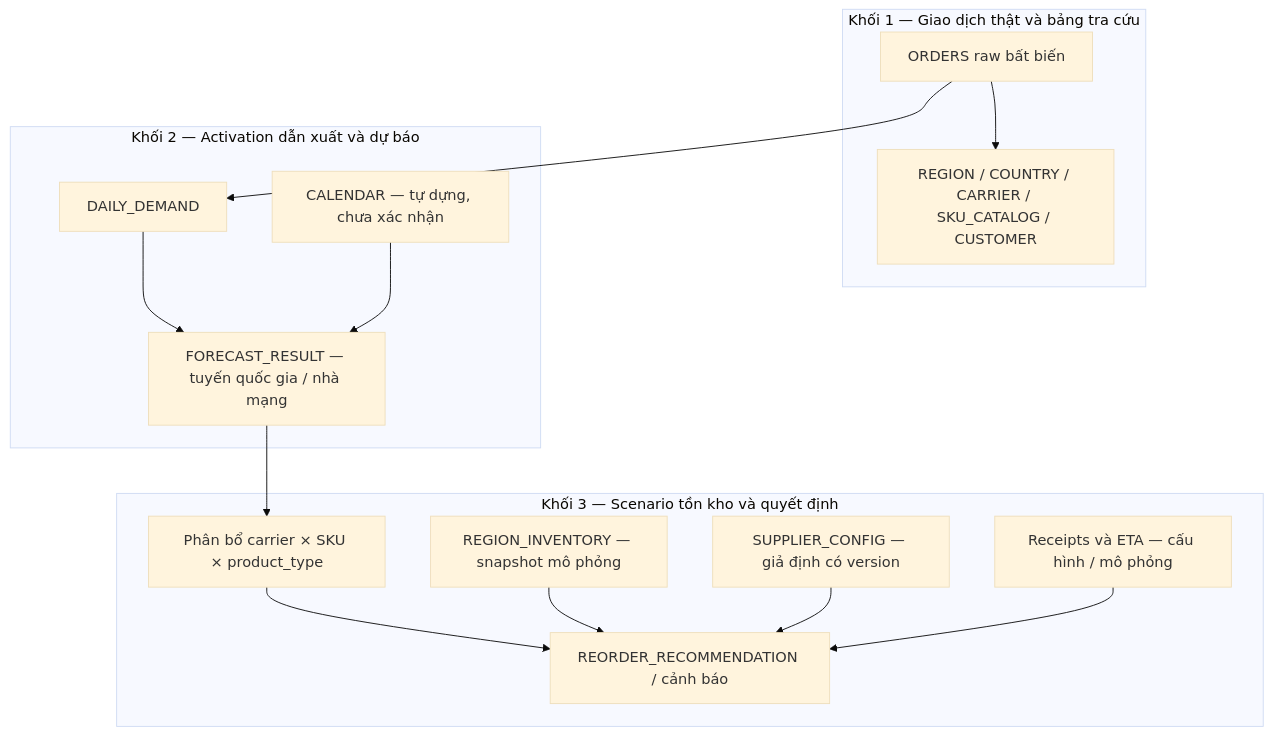
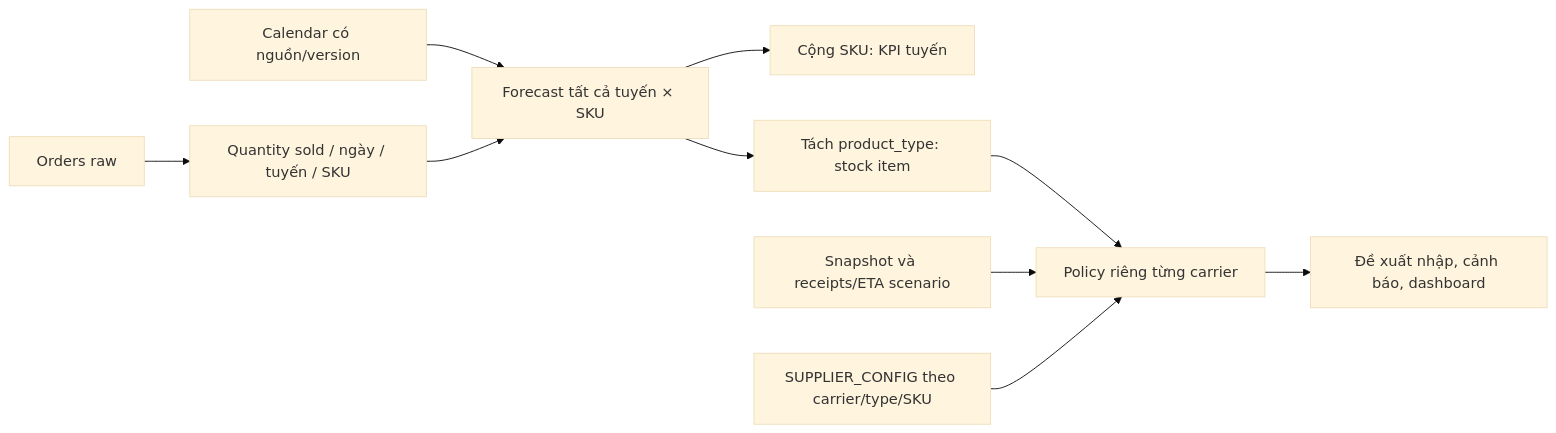
One commit to LeKhang1415/Sim-Demand-Forecasting changed the diagram in docs/ARCHITECTURE.md. Above: the diagram before and after it, drawn with Mermaid (base theme). The commit also changed other lines of this file and 15 other files, not shown here.

Commit message:
docs: align quantity sold target and add GitHub publishing rules

````diff
--- a/docs/ARCHITECTURE.md
+++ b/docs/ARCHITECTURE.md
@@ -7,28 +7,12 @@
 ```mermaid
-flowchart TD
-  subgraph K1["Khối 1 — Giao dịch thật và bảng tra cứu"]
-    O[ORDERS raw bất biến]
-    D[REGION / COUNTRY / CARRIER / SKU_CATALOG / CUSTOMER]
-    O --> D
-  end
-  subgraph K2["Khối 2 — Activation dẫn xuất và dự báo"]
-    DD[DAILY_DEMAND]
-    C[CALENDAR — tự dựng, chưa xác nhận]
-    F[FORECAST_RESULT — tuyến quốc gia / nhà mạng]
-    DD --> F
-    C --> F
-  end
-  subgraph K3["Khối 3 — Scenario tồn kho và quyết định"]
-    A[Phân bổ carrier × SKU × product_type]
-    I[REGION_INVENTORY — snapshot mô phỏng]
-    S[SUPPLIER_CONFIG — giả định có version]
-    R[Receipts và ETA — cấu hình / mô phỏng]
-    Q[REORDER_RECOMMENDATION / cảnh báo]
-    A --> Q
-    I --> Q
-    S --> Q
-    R --> Q
-  end
-  O --> DD
-  F --> A
+flowchart LR
+  O["Orders raw"] --> D["Quantity sold / ngày / tuyến / SKU"]
+  C["Calendar có nguồn/version"] --> F["Forecast tất cả tuyến × SKU"]
+  D --> F
+  F --> T["Cộng SKU: KPI tuyến"]
+  F --> A["Tách product_type: stock item"]
+  A --> P["Policy riêng từng carrier"]
+  I["Snapshot và receipts/ETA scenario"] --> P
+  S["SUPPLIER_CONFIG theo carrier/type/SKU"] --> P
+  P --> Q["Đề xuất nhập, cảnh báo, dashboard"]
 ```
````
